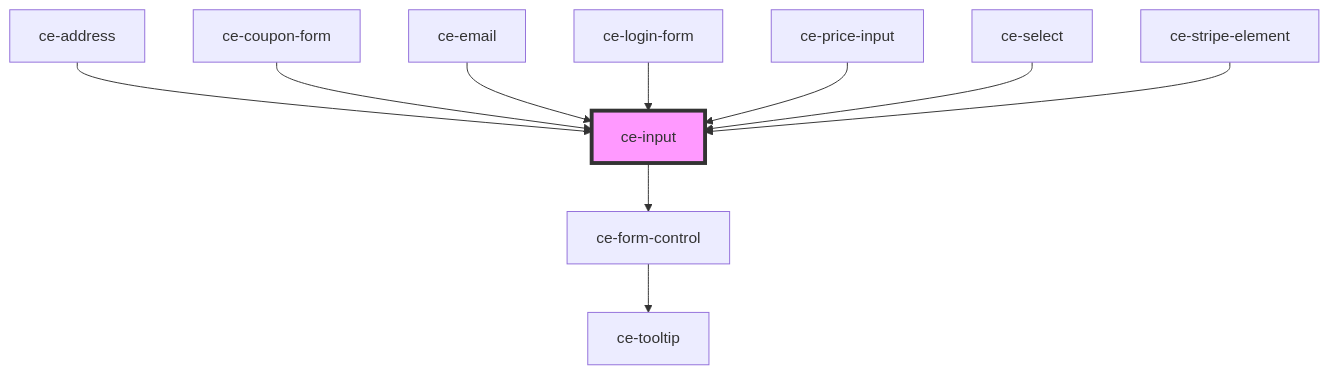
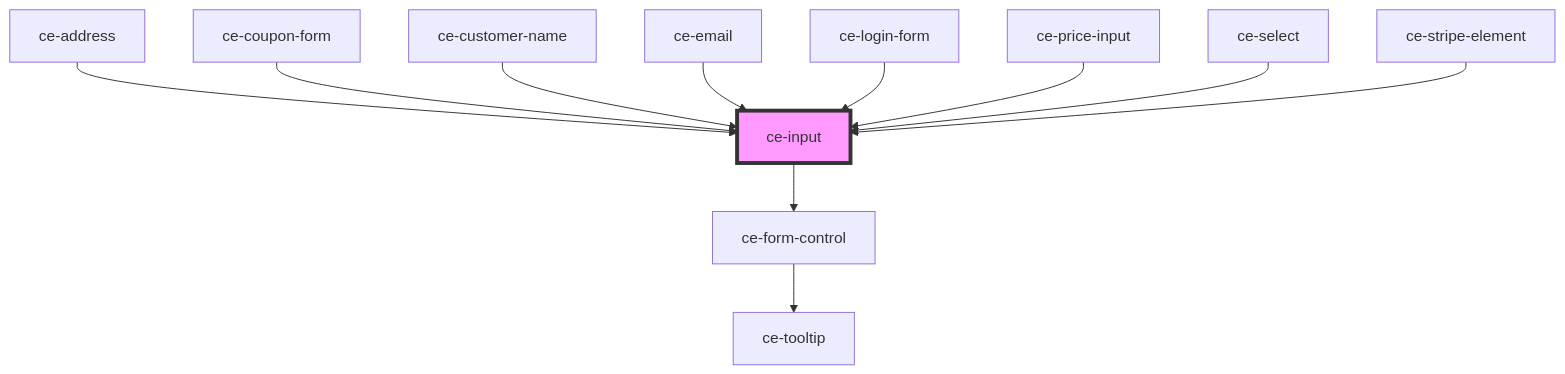
One commit to surecart/surecart-wp-plugin changed the diagram in packages/components/src/components/ui/input/readme.md. Above: the diagram before and after it, drawn with Mermaid. The commit also changed other lines of this file and 48 other files, not shown here.

````diff
--- a/packages/components/src/components/ui/input/readme.md
+++ b/packages/components/src/components/ui/input/readme.md
@@ -135,13 +136,14 @@
 ```mermaid
 graph TD;
   ce-input --> ce-form-control
   ce-form-control --> ce-tooltip
   ce-address --> ce-input
   ce-coupon-form --> ce-input
+  ce-customer-name --> ce-input
   ce-email --> ce-input
   ce-login-form --> ce-input
   ce-price-input --> ce-input
   ce-select --> ce-input
   ce-stripe-element --> ce-input
   style ce-input fill:#f9f,stroke:#333,stroke-width:4px
 ```
````
